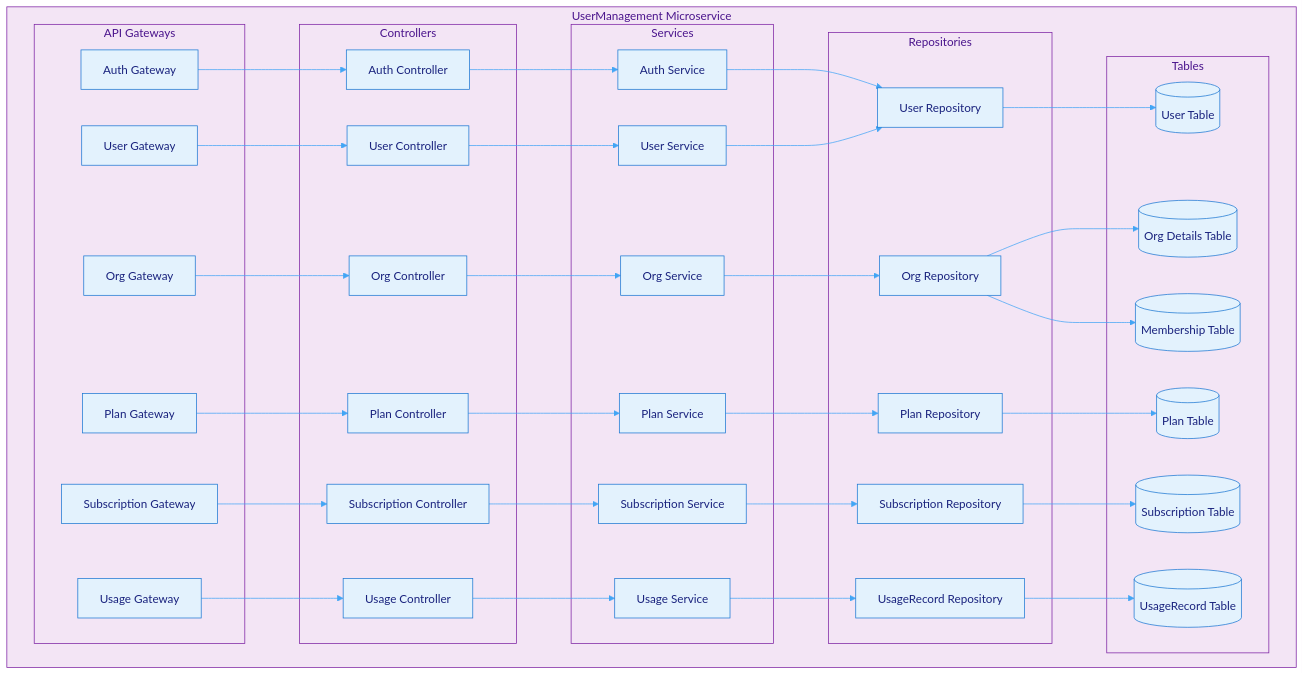
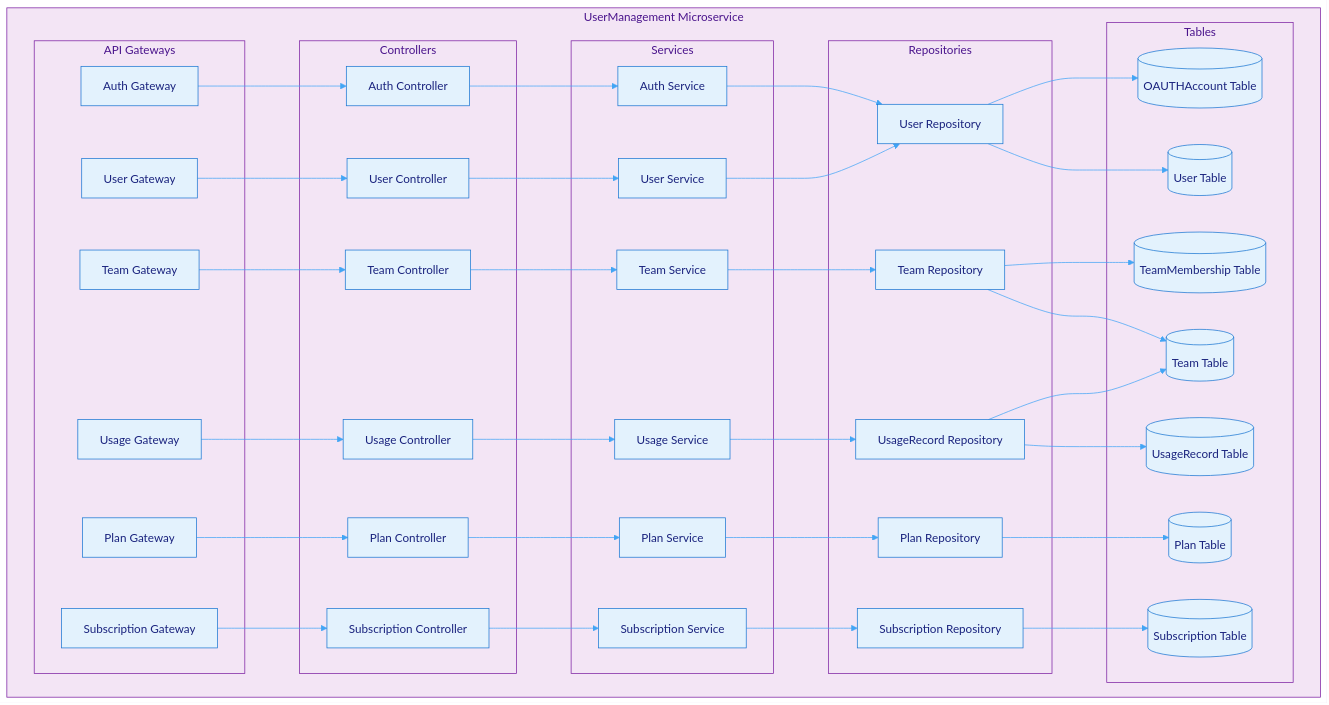
Before and after one commit to MmagdyHafezZ/pitch: the diagram in docs/architecture/MicroServices/UserManagement/architecture.mmd, drawn with Mermaid. The commit also changed other lines of this file, not shown here.

Commit message:
fix(SCRUM-91): updated UserManagement Architecture diagram

```diff
--- a/docs/architecture/MicroServices/UserManagement/architecture.mmd
+++ b/docs/architecture/MicroServices/UserManagement/architecture.mmd
@@ -1,87 +1,90 @@
 ---
 config:
   theme: base
   themeVariables:
     primaryColor: '#e3f2fd'
     primaryTextColor: '#1a237e'
     primaryBorderColor: '#1976d2'
     lineColor: '#42a5f5'
     secondaryColor: '#fff3e0'
     secondaryTextColor: '#e65100'
     secondaryBorderColor: '#fb8c00'
     tertiaryColor: '#f3e5f5'
     tertiaryTextColor: '#4a148c'
     tertiaryBorderColor: '#7b1fa2'
     noteBkgColor: '#fff9c4'
     noteTextColor: '#f57f17'
 ---
 flowchart TB
  subgraph API["API Gateways"]
         AuthGW["Auth Gateway"]
         UserGW["User Gateway"]
-        OrgGW["Org Gateway"]
+        TeamGW["Team Gateway"]
+        QuotaGW["Usage Gateway"]
         PlanGW["Plan Gateway"]
         SubGW["Subscription Gateway"]
-        QuotaGW["Usage Gateway"]
   end
  subgraph CTRL["Controllers"]
         AuthCtrl["Auth Controller"]
         UserCtrl["User Controller"]
-        OrgCtrl["Org Controller"]
+        TeamCtrl["Team Controller"]
+        QuotaCtrl["Usage Controller"]
         PlanCtrl["Plan Controller"]
         SubCtrl["Subscription Controller"]
-        QuotaCtrl["Usage Controller"]
   end
  subgraph SVC["Services"]
         AuthSvc["Auth Service"]
         UserSvc["User Service"]
-        OrgSvc["Org Service"]
+        TeamSvc["Team Service"]
+        QuotaSvc["Usage Service"]
         PlanSvc["Plan Service"]
         SubSvc["Subscription Service"]
-        QuotaSvc["Usage Service"]
   end
  subgraph REPO["Repositories"]
         UserRepo["User Repository"]
-        OrgRepo["Org Repository"]
+        TeamRepo["Team Repository"]
+        QuotaRepo["UsageRecord Repository"]
         PlanRepo["Plan Repository"]
         SubRepo["Subscription Repository"]
-        QuotaRepo["UsageRecord Repository"]
   end
  subgraph Table["Tables"]
         UserTable[("User Table<br>")]
-        OrgTable[("Org Details Table<br>")]
-        MembershipTable[("Membership Table<br>")]
+        OAuthTable[("OAUTHAccount Table<br>")]
+        TeamTable[("Team Table<br>")]
+        TeamMembershipTable[("TeamMembership Table<br>")]
+        QuotaTable[("UsageRecord Table")]
         PlanTable[("Plan Table<br>")]
         SubTable[("Subscription Table<br>")]
-        QuotaTable[("UsageRecord Table")]
   end
  subgraph UserManagement["UserManagement Microservice"]
         API
         CTRL
         SVC
         REPO
         Table
   end
     AuthGW --> AuthCtrl
     AuthCtrl --> AuthSvc
     AuthSvc --> UserRepo
     UserRepo --> UserTable
+    UserRepo --> OAuthTable
     UserGW --> UserCtrl
     UserCtrl --> UserSvc
     UserSvc --> UserRepo
-    OrgGW --> OrgCtrl
-    OrgCtrl --> OrgSvc
-    OrgSvc --> OrgRepo
-    OrgRepo --> OrgTable & MembershipTable
+    TeamGW --> TeamCtrl
+    TeamCtrl --> TeamSvc
+    TeamSvc --> TeamRepo
+    TeamRepo --> TeamTable & TeamMembershipTable
+QuotaGW --> QuotaCtrl
+    QuotaCtrl --> QuotaSvc
+    QuotaSvc --> QuotaRepo
+    QuotaRepo --> QuotaTable
+    QuotaRepo --> TeamTable
     PlanGW --> PlanCtrl
     PlanCtrl --> PlanSvc
     PlanSvc --> PlanRepo
     PlanRepo --> PlanTable
     SubGW --> SubCtrl
     SubCtrl --> SubSvc
     SubSvc --> SubRepo
     SubRepo --> SubTable
-    QuotaGW --> QuotaCtrl
-    QuotaCtrl --> QuotaSvc
-    QuotaSvc --> QuotaRepo
-    QuotaRepo --> QuotaTable
```
